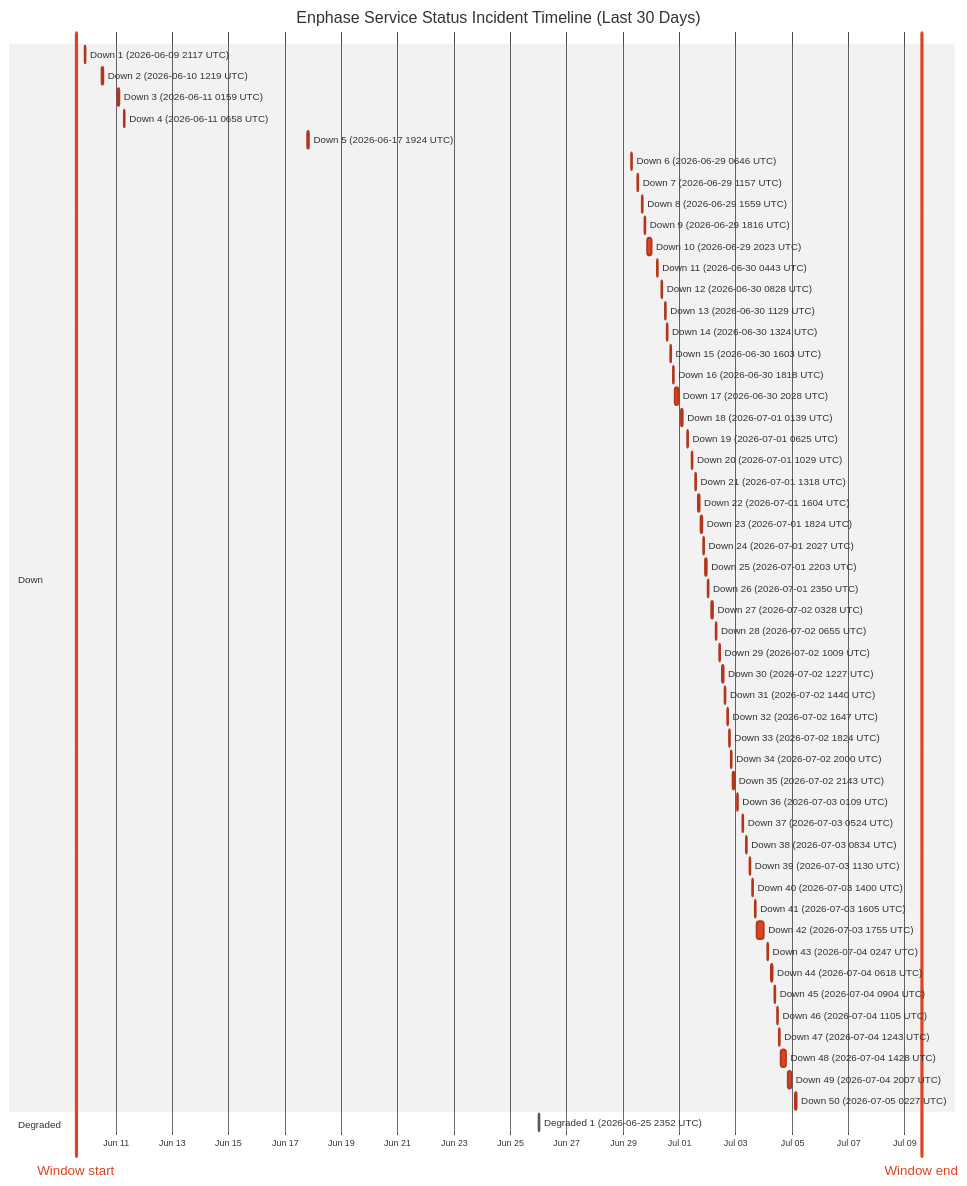
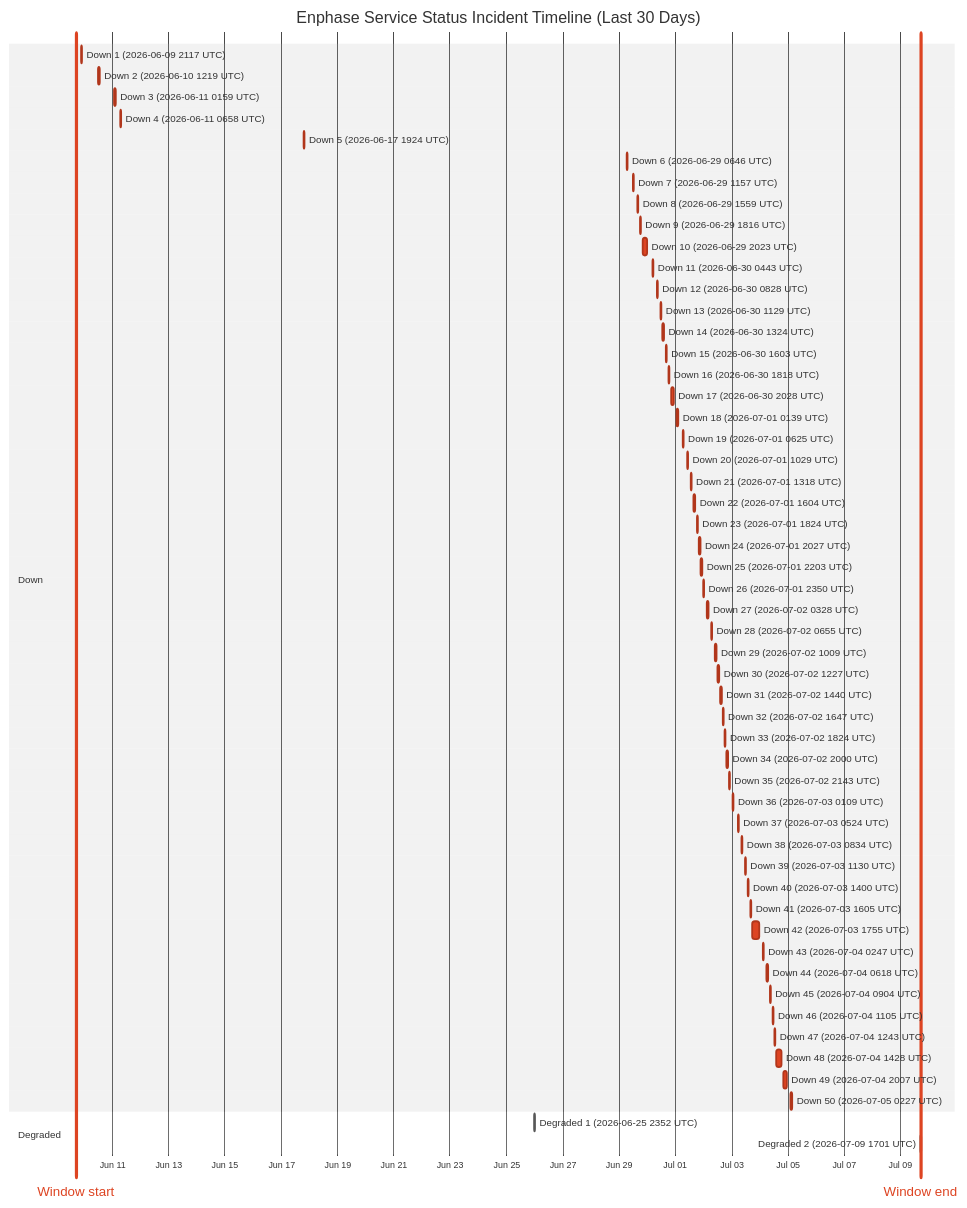
Before and after one commit to barneyonline/ha-enphase-energy: the diagram in wiki/Service-Status-History.md, drawn with Mermaid (neutral theme). The commit also changed other lines of this file and 5 other files, not shown here.

````diff
--- a/wiki/Service-Status-History.md
+++ b/wiki/Service-Status-History.md
@@ -14,61 +14,62 @@
 ```mermaid
 gantt
     title Enphase Service Status Incident Timeline (Last 30 Days)
     dateFormat  YYYY-MM-DDTHH:mm:ss
     axisFormat  %b %d
-    Window start :vert, window-start, 2026-06-09T14:04:24, 0ms
-    Window end :vert, window-end, 2026-07-09T14:04:24, 0ms
+    Window start :vert, window-start, 2026-06-09T17:01:02, 0ms
+    Window end :vert, window-end, 2026-07-09T17:01:02, 0ms
     section Down
     Down 1 (2026-06-09 2117 UTC) :crit, down-1, 2026-06-09T21:17:17, 60m
     Down 2 (2026-06-10 1219 UTC) :crit, down-2, 2026-06-10T12:19:21, 60m
     Down 3 (2026-06-11 0159 UTC) :crit, down-3, 2026-06-11T01:59:36, 60m
     Down 4 (2026-06-11 0658 UTC) :crit, down-4, 2026-06-11T06:58:45, 60m
     Down 5 (2026-06-17 1924 UTC) :crit, down-5, 2026-06-17T19:24:51, 60m
     Down 6 (2026-06-29 0646 UTC) :crit, down-6, 2026-06-29T06:46:18, 60m
     Down 7 (2026-06-29 1157 UTC) :crit, down-7, 2026-06-29T11:57:36, 60m
     Down 8 (2026-06-29 1559 UTC) :crit, down-8, 2026-06-29T15:59:02, 60m
     Down 9 (2026-06-29 1816 UTC) :crit, down-9, 2026-06-29T18:16:38, 60m
     Down 10 (2026-06-29 2023 UTC) :crit, down-10, 2026-06-29T20:23:16, 220m
     Down 11 (2026-06-30 0443 UTC) :crit, down-11, 2026-06-30T04:43:54, 60m
     Down 12 (2026-06-30 0828 UTC) :crit, down-12, 2026-06-30T08:28:43, 60m
     Down 13 (2026-06-30 1129 UTC) :crit, down-13, 2026-06-30T11:29:15, 60m
     Down 14 (2026-06-30 1324 UTC) :crit, down-14, 2026-06-30T13:24:25, 60m
     Down 15 (2026-06-30 1603 UTC) :crit, down-15, 2026-06-30T16:03:26, 60m
     Down 16 (2026-06-30 1818 UTC) :crit, down-16, 2026-06-30T18:18:39, 60m
     Down 17 (2026-06-30 2028 UTC) :crit, down-17, 2026-06-30T20:28:54, 171m
     Down 18 (2026-07-01 0139 UTC) :crit, down-18, 2026-07-01T01:39:18, 60m
     Down 19 (2026-07-01 0625 UTC) :crit, down-19, 2026-07-01T06:25:35, 60m
     Down 20 (2026-07-01 1029 UTC) :crit, down-20, 2026-07-01T10:29:24, 60m
     Down 21 (2026-07-01 1318 UTC) :crit, down-21, 2026-07-01T13:18:31, 60m
     Down 22 (2026-07-01 1604 UTC) :crit, down-22, 2026-07-01T16:04:29, 60m
     Down 23 (2026-07-01 1824 UTC) :crit, down-23, 2026-07-01T18:24:21, 60m
     Down 24 (2026-07-01 2027 UTC) :crit, down-24, 2026-07-01T20:27:17, 60m
     Down 25 (2026-07-01 2203 UTC) :crit, down-25, 2026-07-01T22:03:46, 60m
     Down 26 (2026-07-01 2350 UTC) :crit, down-26, 2026-07-01T23:50:52, 60m
     Down 27 (2026-07-02 0328 UTC) :crit, down-27, 2026-07-02T03:28:33, 60m
     Down 28 (2026-07-02 0655 UTC) :crit, down-28, 2026-07-02T06:55:07, 60m
     Down 29 (2026-07-02 1009 UTC) :crit, down-29, 2026-07-02T10:09:15, 60m
     Down 30 (2026-07-02 1227 UTC) :crit, down-30, 2026-07-02T12:27:49, 60m
     Down 31 (2026-07-02 1440 UTC) :crit, down-31, 2026-07-02T14:40:53, 60m
     Down 32 (2026-07-02 1647 UTC) :crit, down-32, 2026-07-02T16:47:47, 60m
     Down 33 (2026-07-02 1824 UTC) :crit, down-33, 2026-07-02T18:24:26, 60m
     Down 34 (2026-07-02 2000 UTC) :crit, down-34, 2026-07-02T20:00:57, 60m
     Down 35 (2026-07-02 2143 UTC) :crit, down-35, 2026-07-02T21:43:52, 80m
     Down 36 (2026-07-03 0109 UTC) :crit, down-36, 2026-07-03T01:09:19, 60m
     Down 37 (2026-07-03 0524 UTC) :crit, down-37, 2026-07-03T05:24:23, 60m
     Down 38 (2026-07-03 0834 UTC) :crit, down-38, 2026-07-03T08:34:05, 60m
     Down 39 (2026-07-03 1130 UTC) :crit, down-39, 2026-07-03T11:30:41, 60m
     Down 40 (2026-07-03 1400 UTC) :crit, down-40, 2026-07-03T14:00:48, 60m
     Down 41 (2026-07-03 1605 UTC) :crit, down-41, 2026-07-03T16:05:49, 60m
     Down 42 (2026-07-03 1755 UTC) :crit, down-42, 2026-07-03T17:55:54, 338m
     Down 43 (2026-07-04 0247 UTC) :crit, down-43, 2026-07-04T02:47:22, 60m
     Down 44 (2026-07-04 0618 UTC) :crit, down-44, 2026-07-04T06:18:09, 60m
     Down 45 (2026-07-04 0904 UTC) :crit, down-45, 2026-07-04T09:04:41, 60m
     Down 46 (2026-07-04 1105 UTC) :crit, down-46, 2026-07-04T11:05:21, 60m
     Down 47 (2026-07-04 1243 UTC) :crit, down-47, 2026-07-04T12:43:25, 60m
     Down 48 (2026-07-04 1428 UTC) :crit, down-48, 2026-07-04T14:28:07, 243m
     Down 49 (2026-07-04 2007 UTC) :crit, down-49, 2026-07-04T20:07:50, 206m
     Down 50 (2026-07-05 0227 UTC) :crit, down-50, 2026-07-05T02:27:32, 109m
     section Degraded
     Degraded 1 (2026-06-25 2352 UTC) :active, degraded-1, 2026-06-25T23:52:01, 60m
+    Degraded 2 (2026-07-09 1701 UTC) :active, degraded-2, 2026-07-09T17:01:02, 60m
 ```
````
